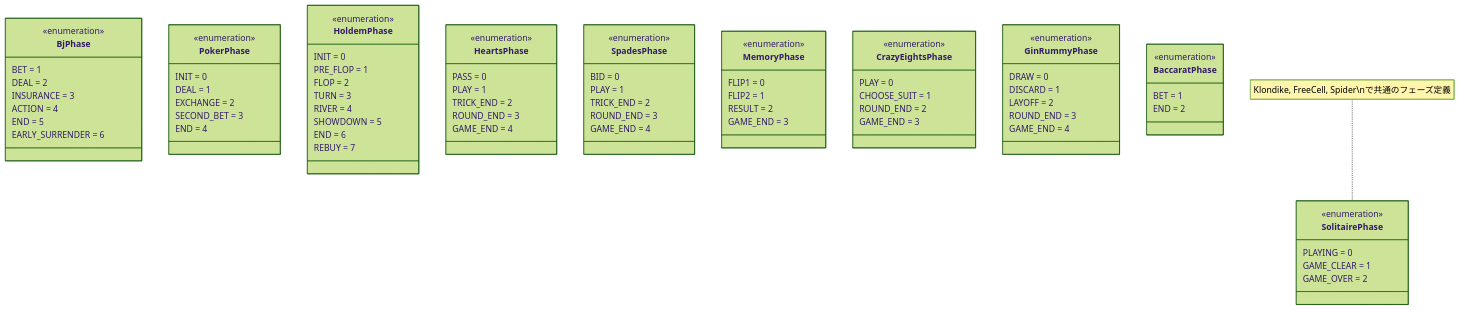
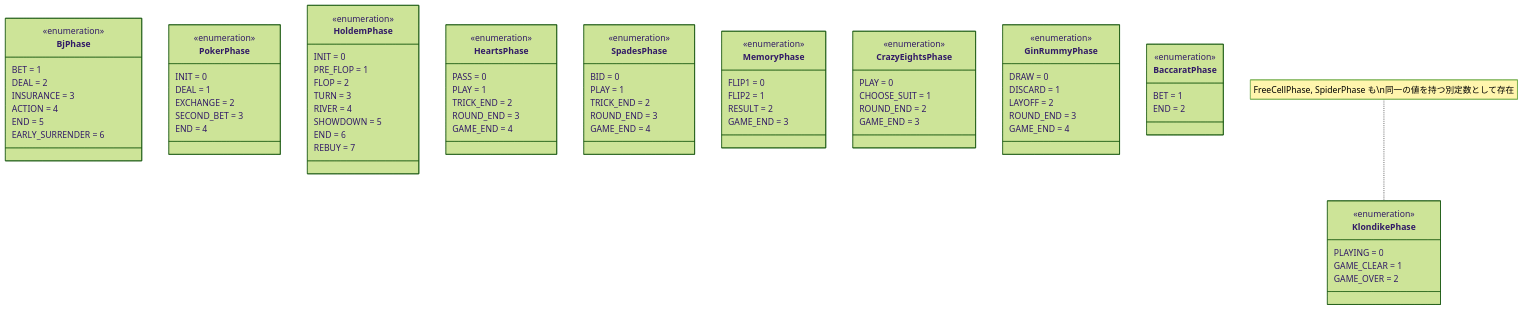
Before and after one commit to yuta-yoshinaga/go_trumpcards: the second of 16 diagrams in docs/design/frontend.md, drawn with Mermaid (forest theme). The commit also changed 1 other file, not shown here.

Commit message:
fix: address second round PR review feedback
- Fix Card fields UML visibility: + (public) to - (private) for
  unexported Go fields
- Rename SolitairePhase to KlondikePhase to match actual TypeScript
  export name, note that FreeCellPhase/SpiderPhase share same values

````diff
--- a/docs/design/frontend.md
+++ b/docs/design/frontend.md
@@ -150,7 +150,7 @@
         GAME_END = 3
     }
 
-    class SolitairePhase {
+    class KlondikePhase {
         <<enumeration>>
         PLAYING = 0
         GAME_CLEAR = 1
@@ -180,5 +180,5 @@
         END = 2
     }
 
-    note for SolitairePhase "Klondike, FreeCell, Spider\nで共通のフェーズ定義"
+    note for KlondikePhase "FreeCellPhase, SpiderPhase も\n同一の値を持つ別定数として存在"
 ```
````
